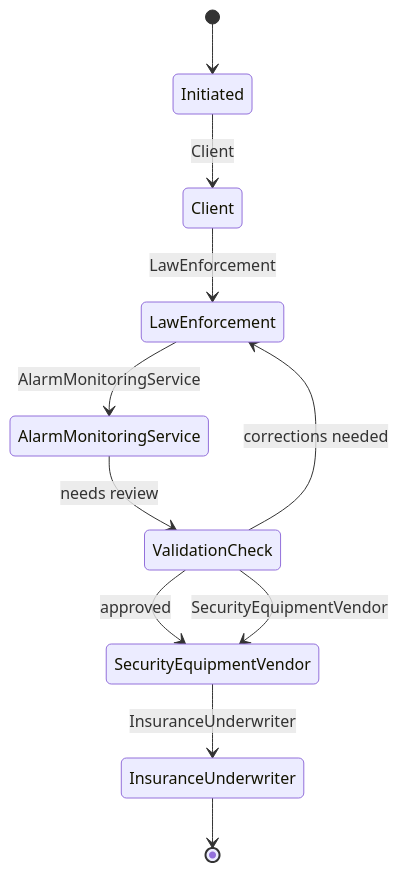
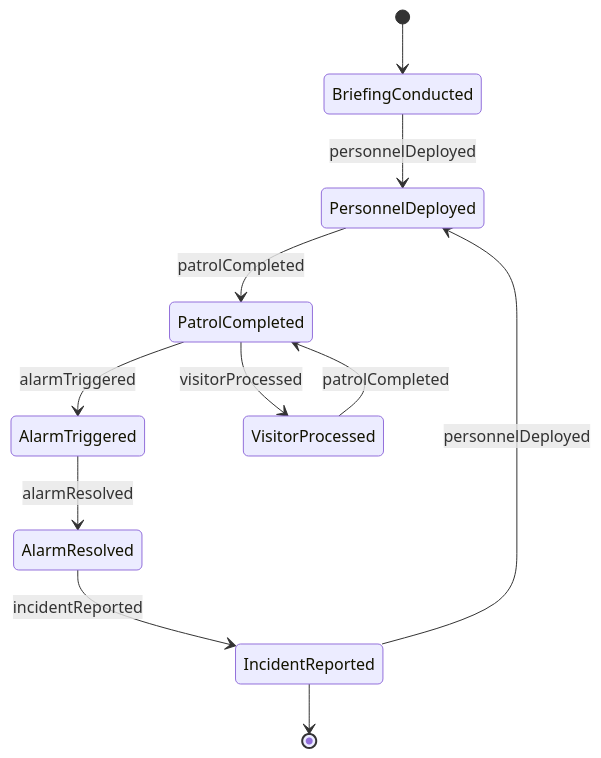
The second of 4 diagrams in GuidingDirectingAndMotivatingSubordinates/DirectSecurityOrSafetyActivitiesOrOperations/DirectSecurityOperations.mdx (dot-org-ai/tasks.org.ai), drawn with Mermaid before and after one commit. The commit also changed other lines of this file and 515 other files, not shown here.

````diff
--- a/GuidingDirectingAndMotivatingSubordinates/DirectSecurityOrSafetyActivitiesOrOperations/DirectSecurityOperations.mdx
+++ b/GuidingDirectingAndMotivatingSubordinates/DirectSecurityOrSafetyActivitiesOrOperations/DirectSecurityOperations.mdx
@@ -104,13 +103,13 @@
 ```mermaid
 stateDiagram-v2
-    [*] --> Initiated
-    Initiated --> Client: Client
-    Client --> LawEnforcement: LawEnforcement
-    LawEnforcement --> AlarmMonitoringService: AlarmMonitoringService
-    AlarmMonitoringService --> ValidationCheck: needs review
-    ValidationCheck --> LawEnforcement: corrections needed
-    ValidationCheck --> SecurityEquipmentVendor: approved
-    ValidationCheck --> SecurityEquipmentVendor: SecurityEquipmentVendor
-    SecurityEquipmentVendor --> InsuranceUnderwriter: InsuranceUnderwriter
-    InsuranceUnderwriter --> [*]
+    [*] --> BriefingConducted
+    BriefingConducted --> PersonnelDeployed : personnelDeployed
+    PersonnelDeployed --> PatrolCompleted : patrolCompleted
+    PatrolCompleted --> AlarmTriggered : alarmTriggered
+    AlarmTriggered --> AlarmResolved : alarmResolved
+    AlarmResolved --> IncidentReported : incidentReported
+    IncidentReported --> PersonnelDeployed : personnelDeployed
+    PatrolCompleted --> VisitorProcessed : visitorProcessed
+    VisitorProcessed --> PatrolCompleted : patrolCompleted
+    IncidentReported --> [*]
 ```
````
